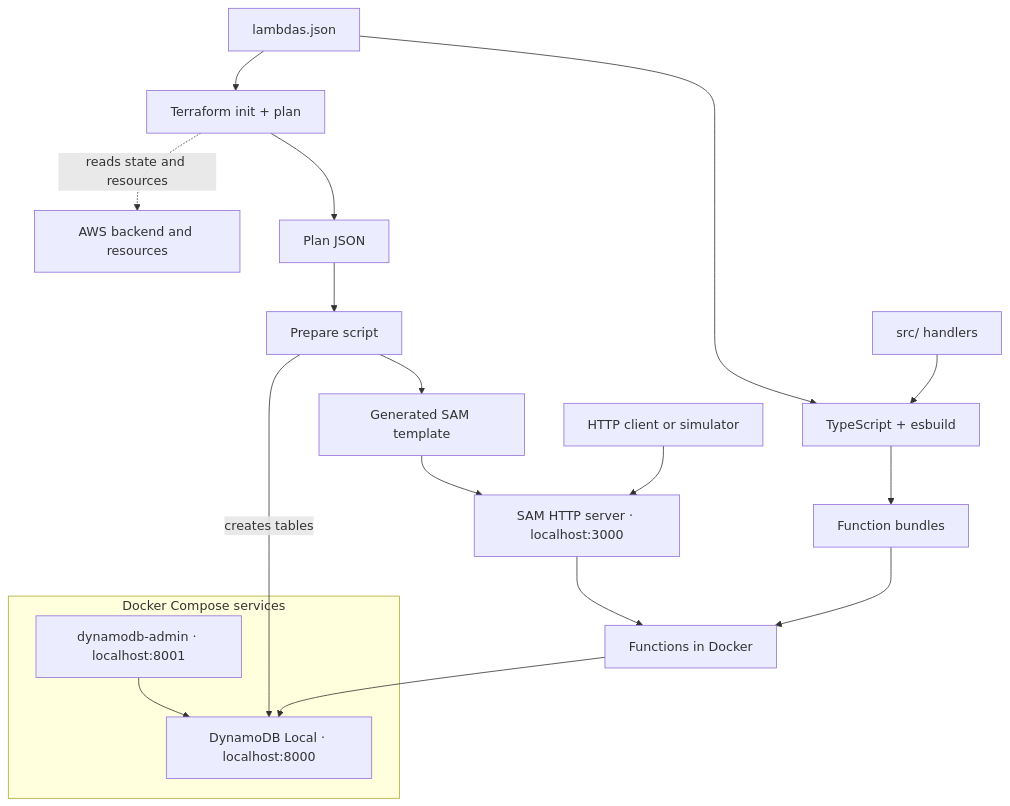
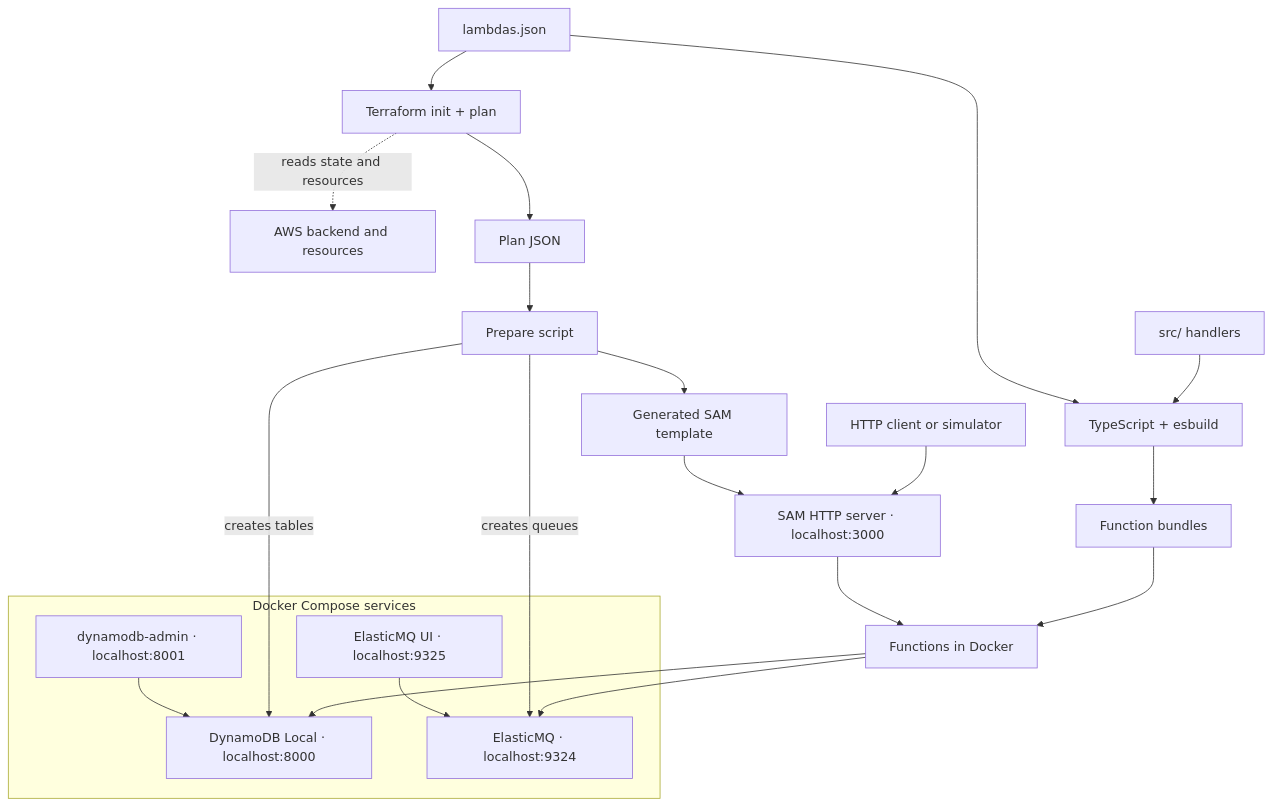
One commit to gabrielroriz/aws-resilient-payment-flow changed the diagram in docs/guides/development.md. Above: the diagram before and after it, drawn with Mermaid. The commit also changed other lines of this file and 24 other files, not shown here.

````diff
--- a/docs/guides/development.md
+++ b/docs/guides/development.md
@@ -32,21 +32,25 @@
 ```mermaid
 flowchart TD
     Registry["lambdas.json"] --> Build["TypeScript + esbuild"]
     Source["src/ handlers"] --> Build
     Build --> Bundles["Function bundles"]
     Registry --> Terraform["Terraform init + plan"]
     Terraform -. "reads state and resources" .-> AWS["AWS backend and resources"]
     Terraform --> Plan["Plan JSON"]
     Plan --> Prepare["Prepare script"]
     Prepare --> Template["Generated SAM template"]
     Template --> SAM["SAM HTTP server · localhost:3000"]
     Client["HTTP client or simulator"] --> SAM
     SAM --> Runtime["Functions in Docker"]
     Bundles --> Runtime
     subgraph Compose["Docker Compose services"]
         DynamoDB["DynamoDB Local · localhost:8000"]
         Admin["dynamodb-admin · localhost:8001"] --> DynamoDB
+        SQS["ElasticMQ · localhost:9324"]
+        SqsAdmin["ElasticMQ UI · localhost:9325"] --> SQS
     end
     Prepare -->|"creates tables"| DynamoDB
+    Prepare -->|"creates queues"| SQS
     Runtime --> DynamoDB
+    Runtime --> SQS
 ```
````
